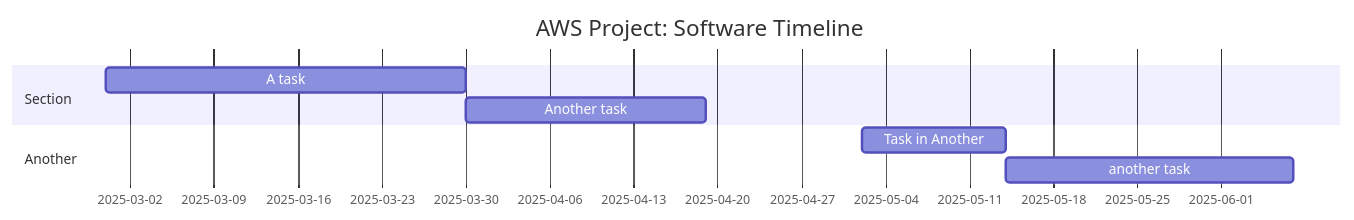
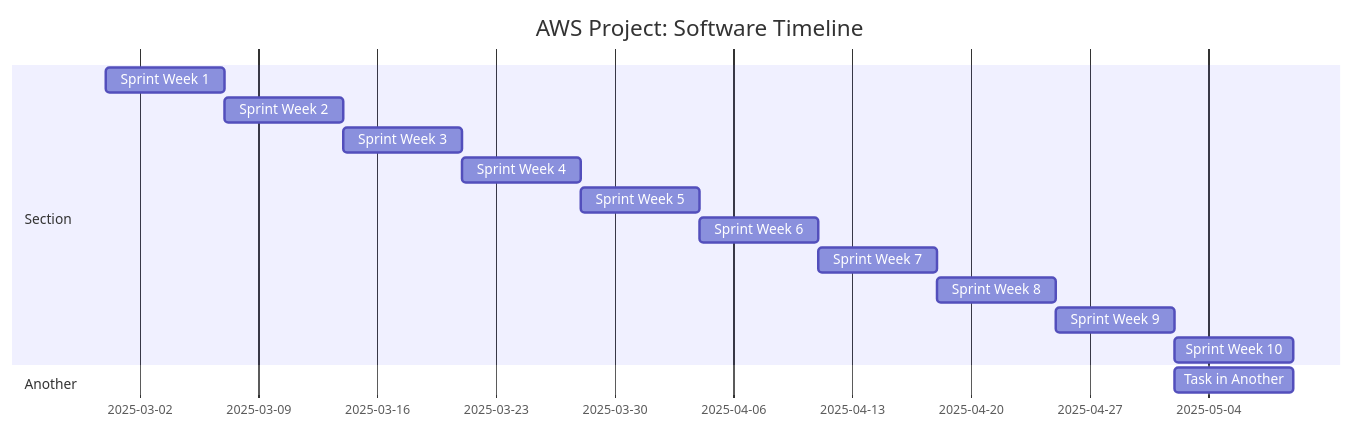
One commit to sharma-pari/AWSTeam7 changed the diagram in Timeline.md. Above: the diagram before and after it, drawn with Mermaid. The commit also changed other lines of this file, not shown here.

````diff
--- a/Timeline.md
+++ b/Timeline.md
@@ -6,11 +9,18 @@
 ```mermaid
 gantt
     title AWS Project: Software Timeline
     dateFormat YYYY-MM-DD
     section Section
-        A task          :a1, 2025-02-28, 30d
-        Another task    :after a1, 20d
+        Sprint Week 1        :a1, 2025-02-28, 7d
+        Sprint Week 2        :after a1, 7d
+        Sprint Week 3        :2025-03-14, 7d
+        Sprint Week 4        :2025-03-21, 7d
+        Sprint Week 5        :2025-03-28, 7d
+        Sprint Week 6        :2025-04-04, 7d
+        Sprint Week 7        :2025-04-11, 7d
+        Sprint Week 8        :2025-04-18, 7d
+        Sprint Week 9        :2025-04-25, 7d
+        Sprint Week 10       :2025-05-02, 7d
     section Another
-        Task in Another :2025-05-02, 12d
-        another task    :24d
+        Task in Another    :2025-05-02, 7d
 ```
````
